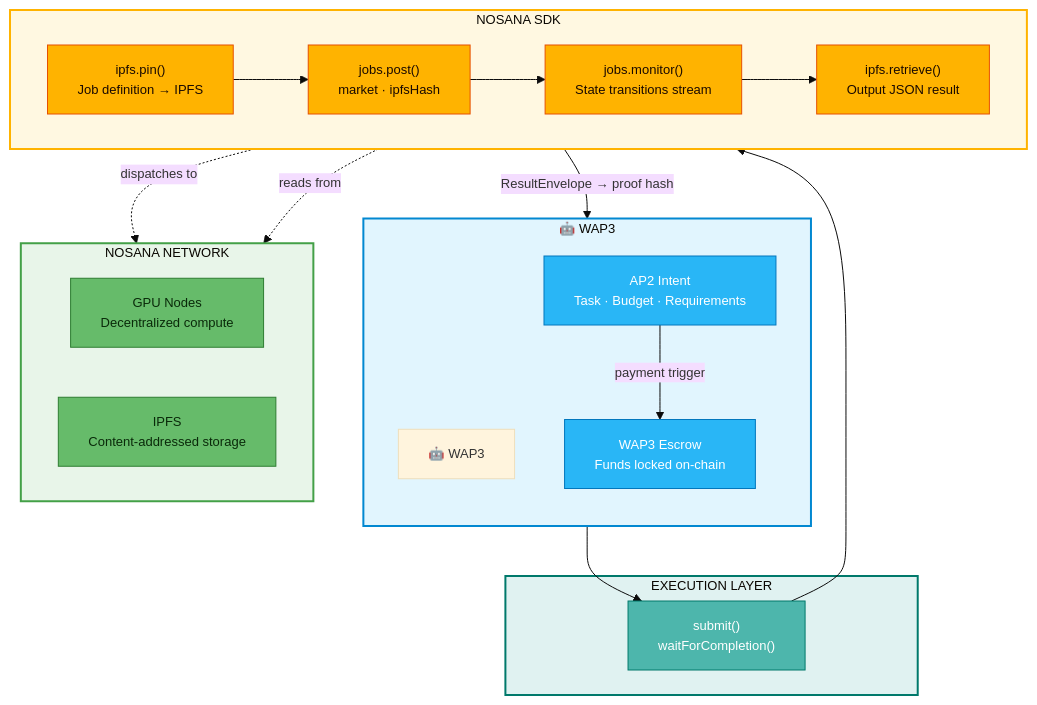
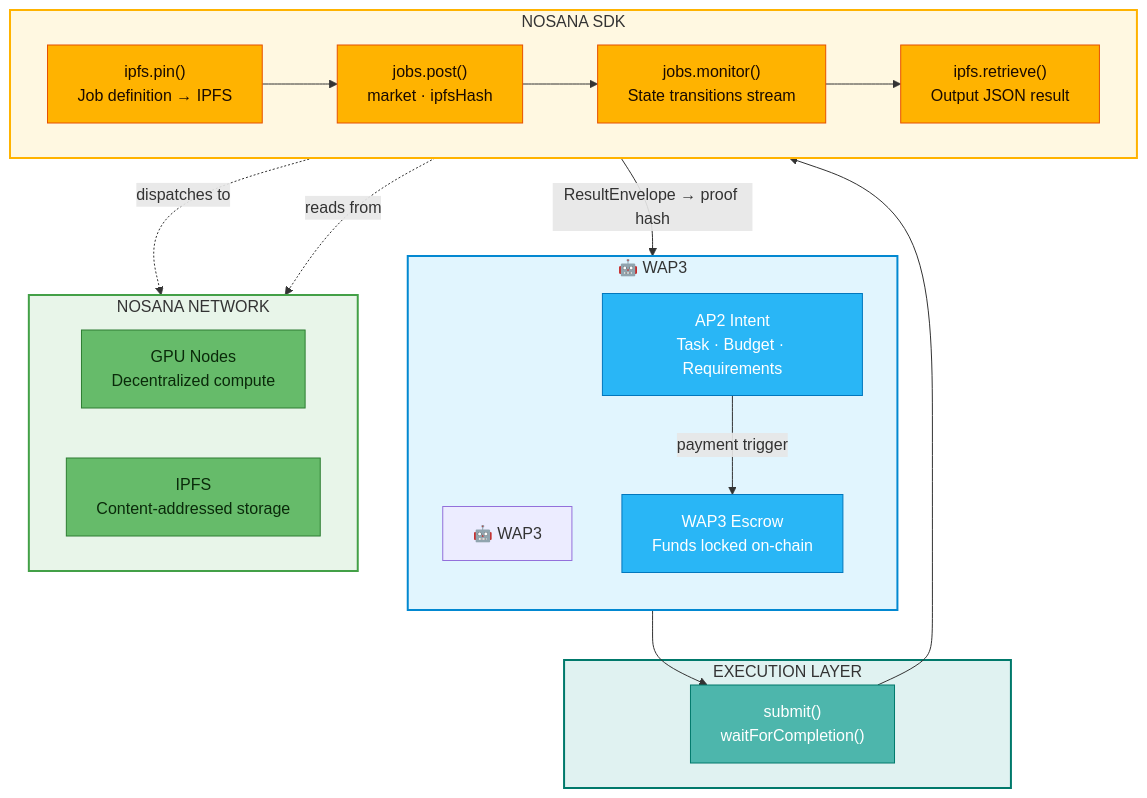
Before and after one commit to nelsonjingusc/wap3-agent-payment-poc: the second of 3 diagrams in docs/NOSANA_INTEGRATION.md, drawn with Mermaid.

Commit message:
update diagram

````diff
--- a/docs/NOSANA_INTEGRATION.md
+++ b/docs/NOSANA_INTEGRATION.md
@@ -77,6 +77,7 @@
 ```mermaid
 %%{init: {
   "theme": "base",
+  flowchart": { "htmlLabels": false }
   "themeVariables": {
     "fontSize": "13px",
     "fontFamily": "Inter, system-ui, sans-serif"
````
